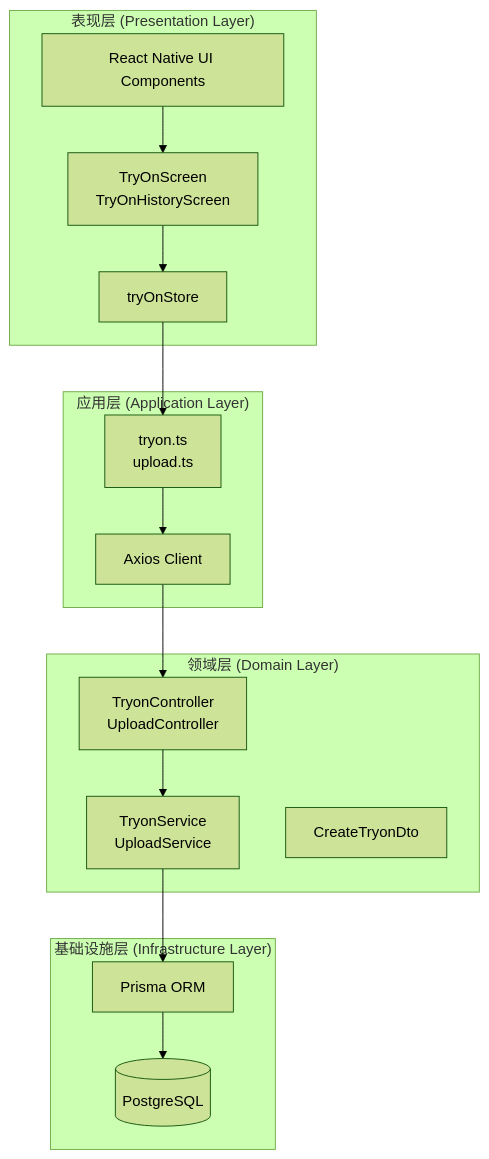
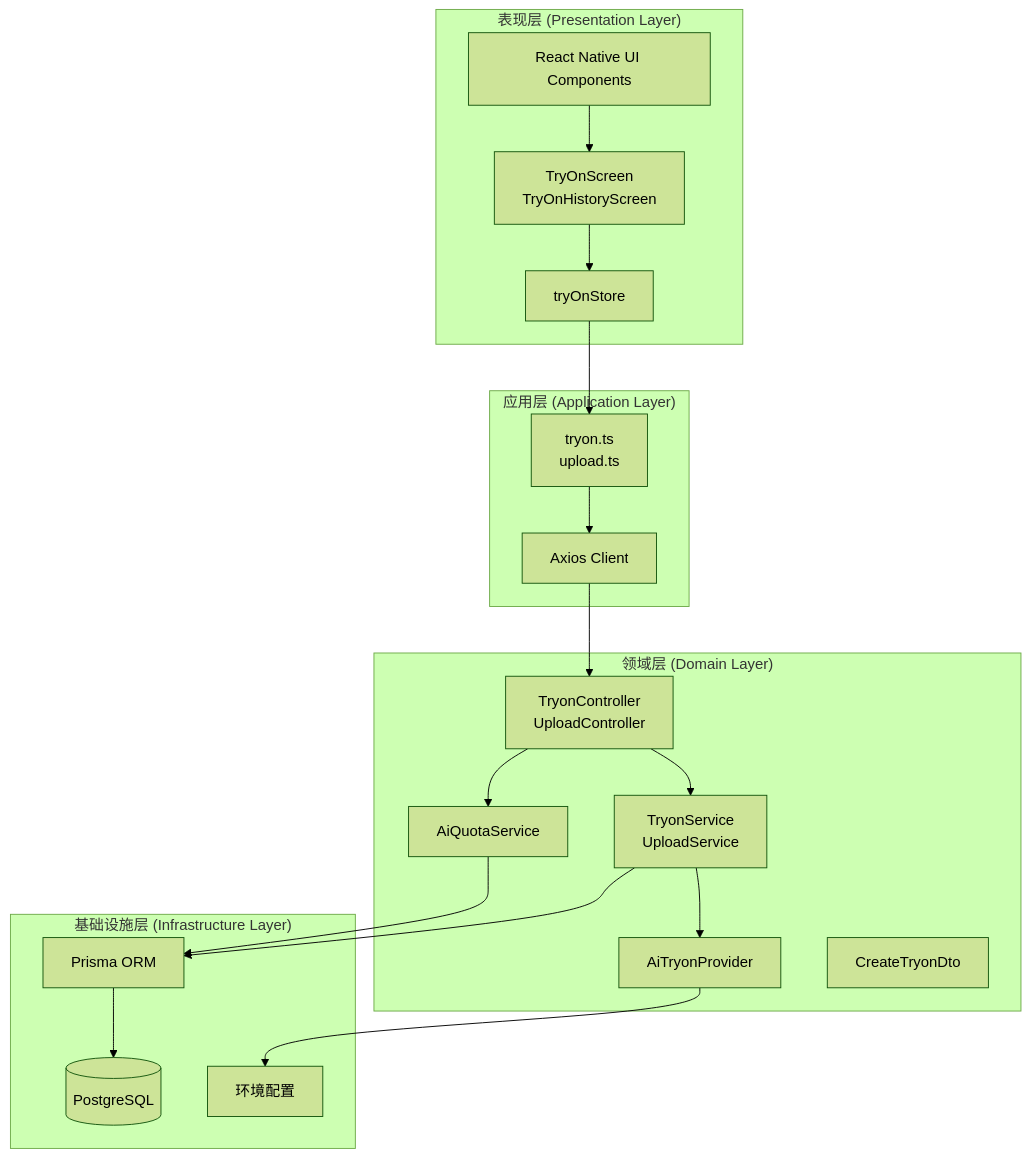
The fourth of 13 diagrams in .qoder/repowiki/zh/content/后端开发指南/核心模块详解/AI试穿模块.md (lsqwawa/free-dress), drawn with Mermaid (forest theme) before and after one commit. The commit also changed other lines of this file and 62 other files, not shown here.

````diff
--- a/.qoder/repowiki/zh/content/后端开发指南/核心模块详解/AI试穿模块.md
+++ b/.qoder/repowiki/zh/content/后端开发指南/核心模块详解/AI试穿模块.md
@@ -223,29 +256,36 @@
 ```mermaid
 graph TB
 subgraph "表现层 (Presentation Layer)"
 UI[React Native UI Components]
 Screens[TryOnScreen<br/>TryOnHistoryScreen]
 Store[tryOnStore]
 end
 subgraph "应用层 (Application Layer)"
 API[tryon.ts<br/>upload.ts]
 HTTP[Axios Client]
 end
 subgraph "领域层 (Domain Layer)"
 Controller[TryonController<br/>UploadController]
 Service[TryonService<br/>UploadService]
+QuotaService[AiQuotaService]
+Provider[AiTryonProvider]
 DTO[CreateTryonDto]
 end
 subgraph "基础设施层 (Infrastructure Layer)"
 Database[(PostgreSQL)]
 Prisma[Prisma ORM]
+Config[环境配置]
 end
 UI --> Screens
 Screens --> Store
 Store --> API
 API --> HTTP
 HTTP --> Controller
 Controller --> Service
+Controller --> QuotaService
+Service --> Provider
 Service --> Prisma
+QuotaService --> Prisma
+Provider --> Config
 Prisma --> Database
 ```
````
